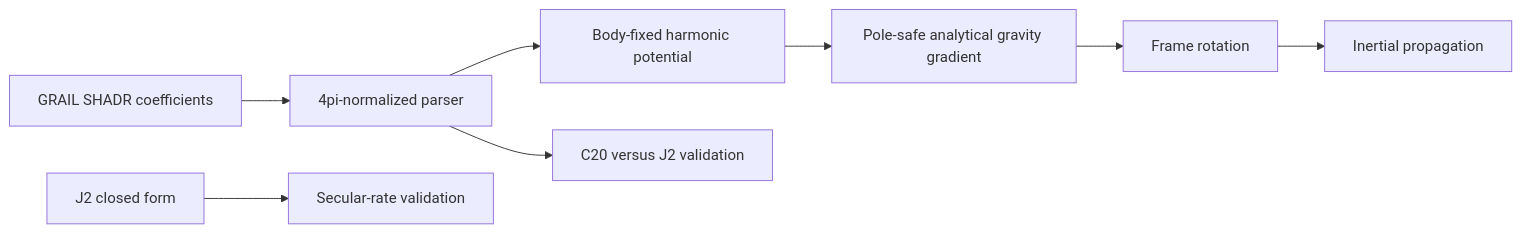
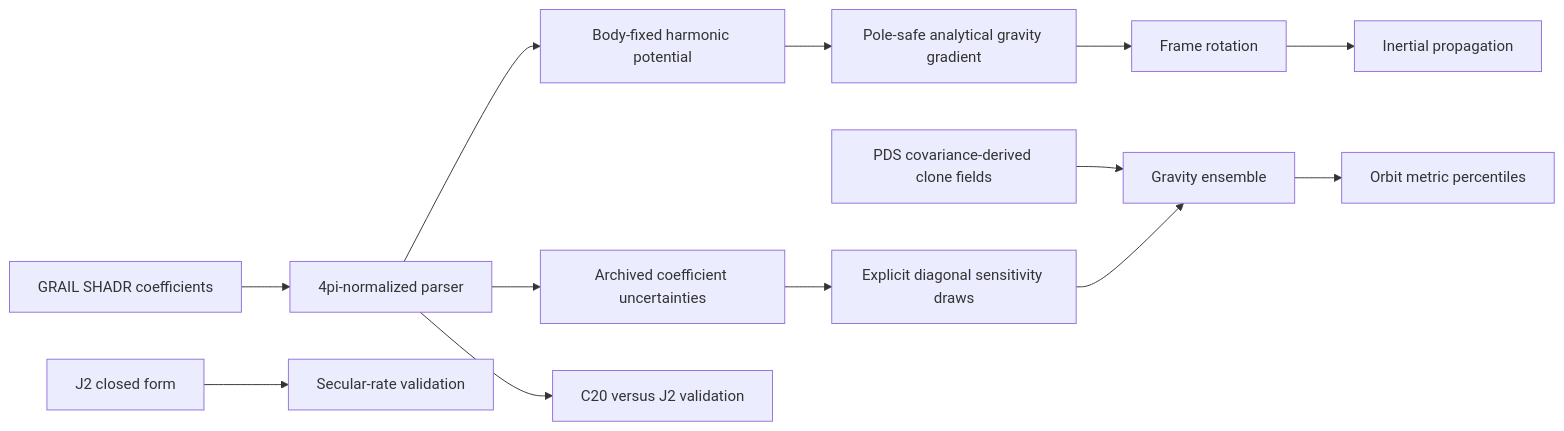
One commit to sylvesterkaczmarek/lunar-astrodynamics-simulation changed the diagram in README.md. Above: the diagram before and after it, drawn with Mermaid. The commit also changed other lines of this file, not shown here.

Commit message:
Document gravity uncertainty capabilities in README

````diff
--- a/README.md
+++ b/README.md
@@ -13,10 +13,15 @@
 ```mermaid
 flowchart LR
     A[GRAIL SHADR coefficients] --> B[4pi-normalized parser]
     B --> C[Body-fixed harmonic potential]
     C --> D[Pole-safe analytical gravity gradient]
     D --> E[Frame rotation]
     E --> F[Inertial propagation]
+    B --> U[Archived coefficient uncertainties]
+    U --> V[Explicit diagonal sensitivity draws]
+    K[PDS covariance-derived clone fields] --> W[Gravity ensemble]
+    V --> W
+    W --> X[Orbit metric percentiles]
     G[J2 closed form] --> H[Secular-rate validation]
     B --> I[C20 versus J2 validation]
 ```
````
